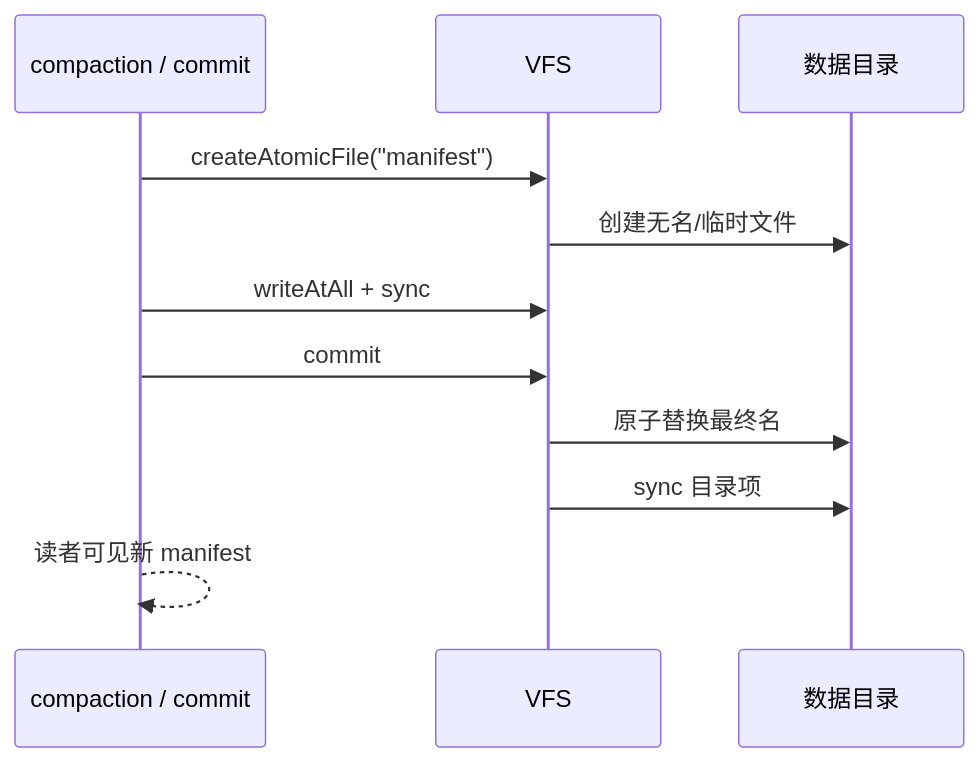
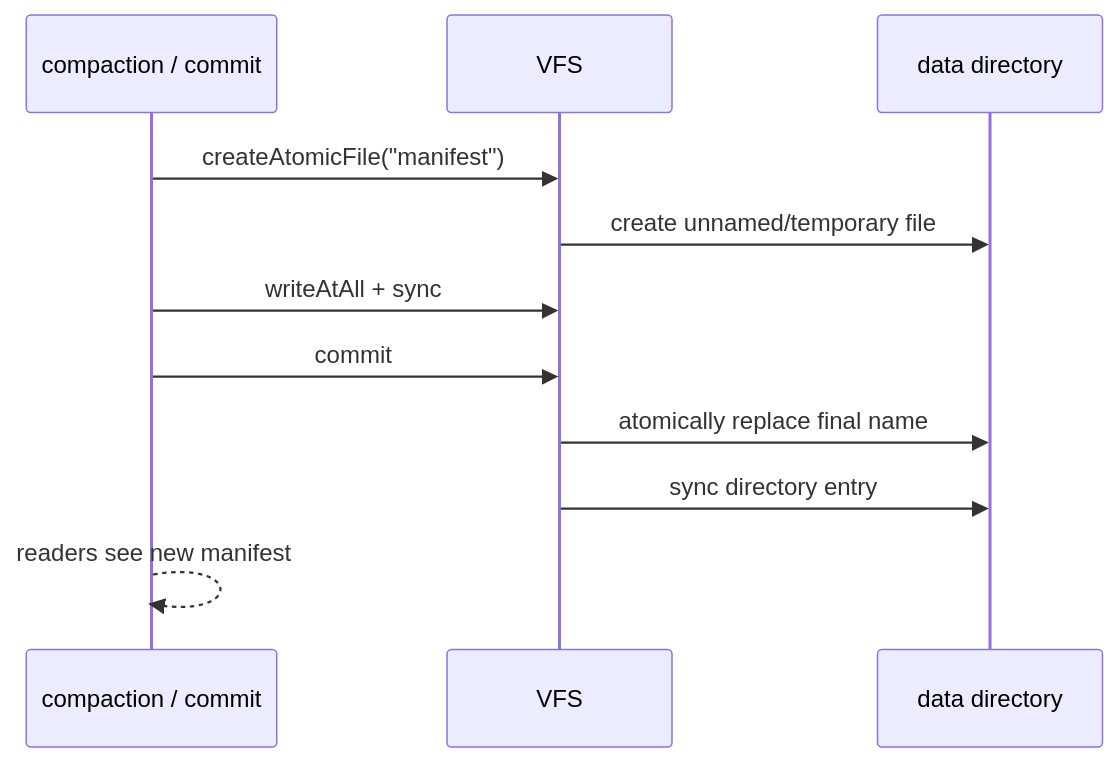
One commit to viloris-org/Pico changed the second of 2 diagrams in docs/architecture/vfs.md. Above: the diagram before and after it, drawn with Mermaid. The commit also changed other lines of this file and 30 other files, not shown here.

````diff
--- a/docs/architecture/vfs.md
+++ b/docs/architecture/vfs.md
@@ -100,14 +97,14 @@
 ```mermaid
 sequenceDiagram
   participant C as compaction / commit
   participant V as VFS
-  participant D as 数据目录
+  participant D as data directory
 
   C->>V: createAtomicFile("manifest")
-  V->>D: 创建无名/临时文件
+  V->>D: create unnamed/temporary file
   C->>V: writeAtAll + sync
   C->>V: commit
-  V->>D: 原子替换最终名
-  V->>D: sync 目录项
-  C-->>C: 读者可见新 manifest
+  V->>D: atomically replace final name
+  V->>D: sync directory entry
+  C-->>C: readers see new manifest
 ```
````
